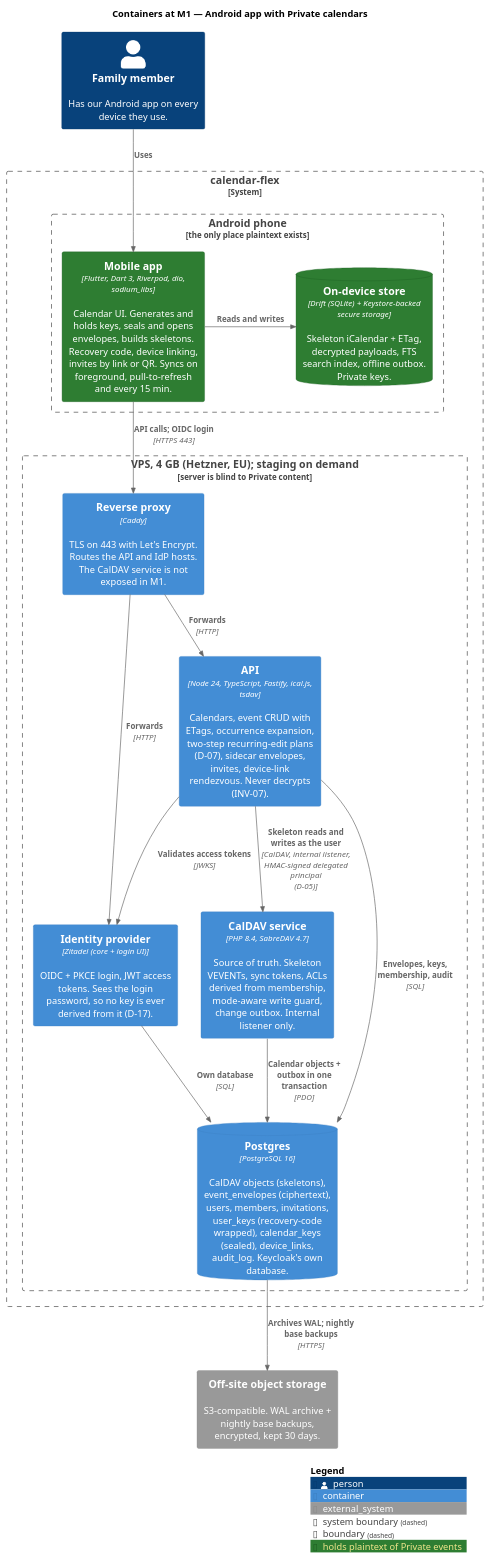
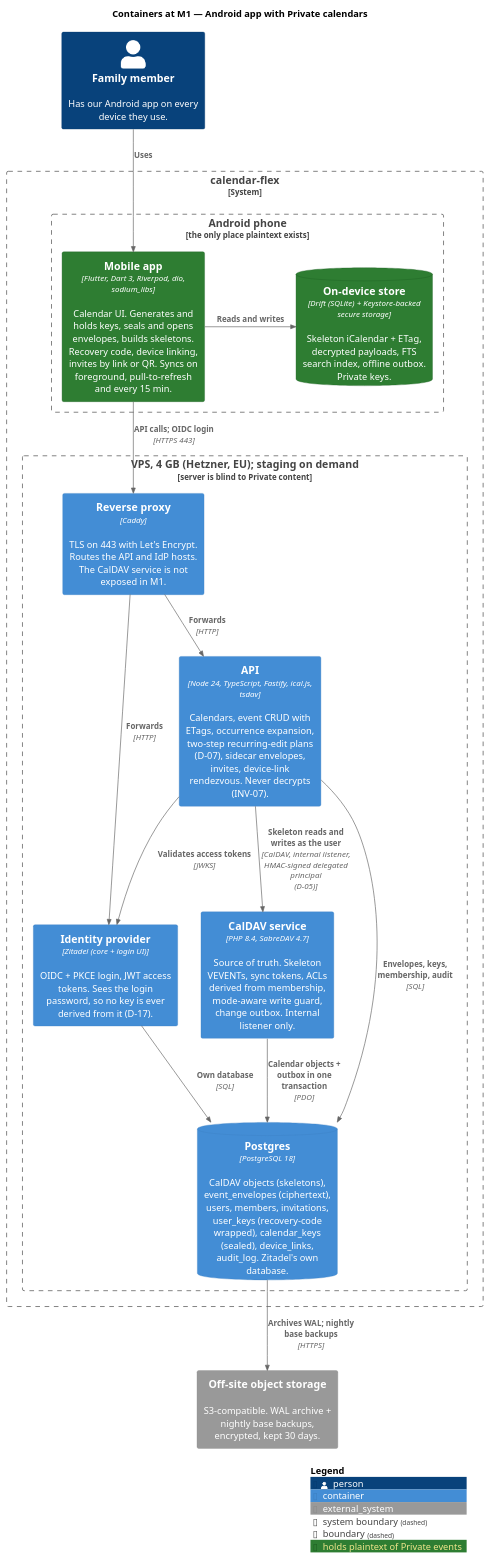
Before and after one commit to fabelhaft-io/flexcalendar: the diagram in docs/diagrams/c4-2-containers-m1.puml, drawn with PlantUML. The commit also changed 28 other files, not shown here.

```diff
--- a/docs/diagrams/c4-2-containers-m1.puml
+++ b/docs/diagrams/c4-2-containers-m1.puml
@@ -1,44 +1,44 @@
 @startuml c4-2-containers-m1
 ' C4 level 2 — Containers at M1, "family v1" (ADR 0003).
 ' Android app + server, Private calendars only. No stock apps, push, SMTP or escrow yet.
 !include <C4/C4_Container>
 
 LAYOUT_TOP_DOWN()
 
 AddElementTag("plaintext", $bgColor="#2e7d32", $borderColor="#1b5e20", $legendText="holds plaintext of Private events")
 
 title Containers at M1 — Android app with Private calendars
 
 Person(member, "Family member", "Has our Android app on every device they use.")
 
 System_Boundary(cf, "calendar-flex") {
   Boundary(phone, "Android phone", "the only place plaintext exists") {
     Container(app, "Mobile app", "Flutter, Dart 3, Riverpod, dio, sodium_libs", "Calendar UI. Generates and holds keys, seals and opens envelopes, builds skeletons. Recovery code, device linking, invites by link or QR. Syncs on foreground, pull-to-refresh and every 15 min.", $tags="plaintext")
     ContainerDb(local, "On-device store", "Drift (SQLite) + Keystore-backed secure storage", "Skeleton iCalendar + ETag, decrypted payloads, FTS search index, offline outbox. Private keys.", $tags="plaintext")
   }
 
   Boundary(vps, "VPS, 4 GB (Hetzner, EU); staging on demand", "server is blind to Private content") {
     Container(caddy, "Reverse proxy", "Caddy", "TLS on 443 with Let's Encrypt. Routes the API and IdP hosts. The CalDAV service is not exposed in M1.")
     Container(idp, "Identity provider", "Zitadel (core + login UI)", "OIDC + PKCE login, JWT access tokens. Sees the login password, so no key is ever derived from it (D-17).")
     Container(api, "API", "Node 24, TypeScript, Fastify, ical.js, tsdav", "Calendars, event CRUD with ETags, occurrence expansion, two-step recurring-edit plans (D-07), sidecar envelopes, invites, device-link rendezvous. Never decrypts (INV-07).")
     Container(caldav, "CalDAV service", "PHP 8.4, SabreDAV 4.7", "Source of truth. Skeleton VEVENTs, sync tokens, ACLs derived from membership, mode-aware write guard, change outbox. Internal listener only.")
-    ContainerDb(db, "Postgres", "PostgreSQL 16", "CalDAV objects (skeletons), event_envelopes (ciphertext), users, members, invitations, user_keys (recovery-code wrapped), calendar_keys (sealed), device_links, audit_log. Keycloak's own database.")
+    ContainerDb(db, "Postgres", "PostgreSQL 18", "CalDAV objects (skeletons), event_envelopes (ciphertext), users, members, invitations, user_keys (recovery-code wrapped), calendar_keys (sealed), device_links, audit_log. Zitadel's own database.")
   }
 }
 
 System_Ext(backup, "Off-site object storage", "S3-compatible. WAL archive + nightly base backups, encrypted, kept 30 days.")
 
 Rel(member, app, "Uses")
 Rel_R(app, local, "Reads and writes")
 Rel(app, caddy, "API calls; OIDC login", "HTTPS 443")
 Rel(caddy, api, "Forwards", "HTTP")
 Rel(caddy, idp, "Forwards", "HTTP")
 Rel(api, idp, "Validates access tokens", "JWKS")
 Rel(api, caldav, "Skeleton reads and writes as the user", "CalDAV, internal listener, HMAC-signed delegated principal (D-05)")
 Rel(api, db, "Envelopes, keys, membership, audit", "SQL")
 Rel(caldav, db, "Calendar objects + outbox in one transaction", "PDO")
 Rel(idp, db, "Own database", "SQL")
 Rel(db, backup, "Archives WAL; nightly base backups", "HTTPS")
 
 SHOW_LEGEND()
 @enduml
```
